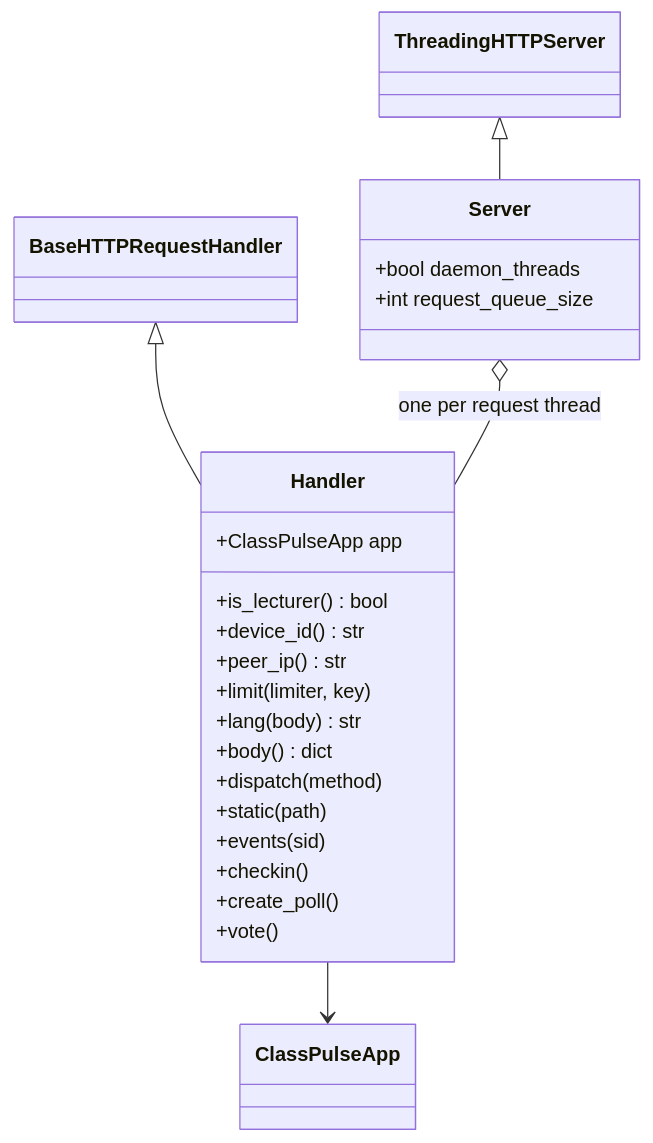
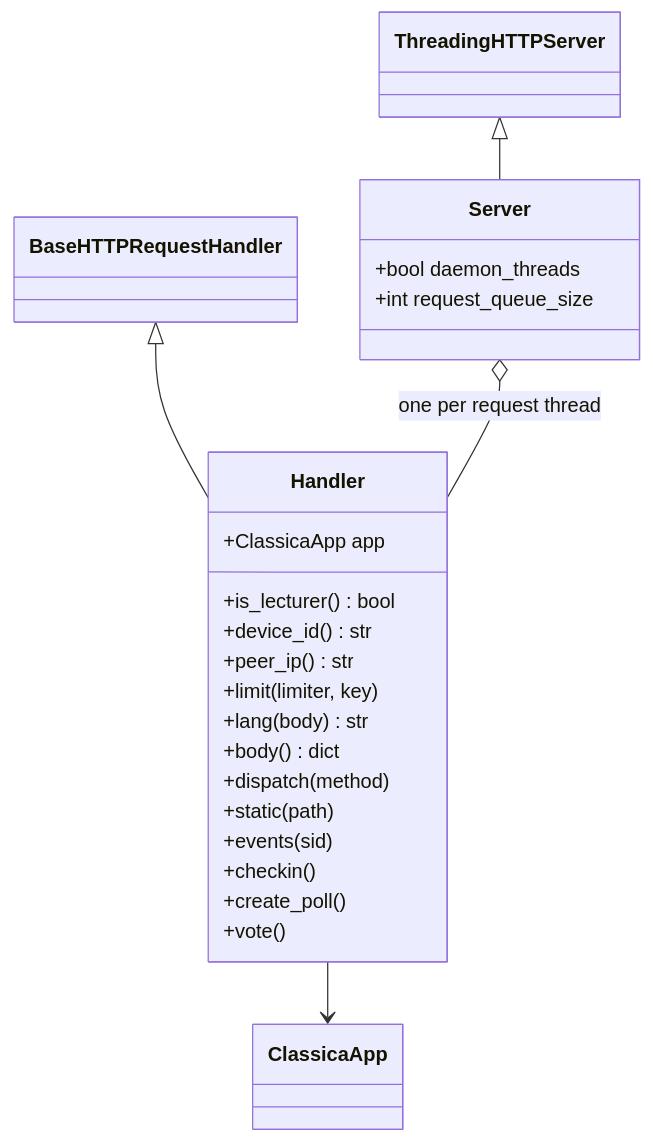
One commit to roneliyahu2001/oop-ex2-classpulse changed the fifth of 6 diagrams in docs/06-class-diagrams.md. Above: the diagram before and after it, drawn with Mermaid. The commit also changed other lines of this file and 61 other files, not shown here.

````diff
--- a/docs/06-class-diagrams.md
+++ b/docs/06-class-diagrams.md
@@ -320,29 +324,29 @@
 ```mermaid
 classDiagram
   class BaseHTTPRequestHandler
   class ThreadingHTTPServer
-  class ClassPulseApp
+  class ClassicaApp
   class Handler {
-    +ClassPulseApp app
+    +ClassicaApp app
     +is_lecturer() bool
     +device_id() str
     +peer_ip() str
     +limit(limiter, key)
     +lang(body) str
     +body() dict
     +dispatch(method)
     +static(path)
     +events(sid)
     +checkin()
     +create_poll()
     +vote()
   }
   class Server {
     +bool daemon_threads
     +int request_queue_size
   }
   BaseHTTPRequestHandler <|-- Handler
   ThreadingHTTPServer <|-- Server
   Server o-- Handler : one per request thread
-  Handler --> ClassPulseApp
+  Handler --> ClassicaApp
 ```
````
